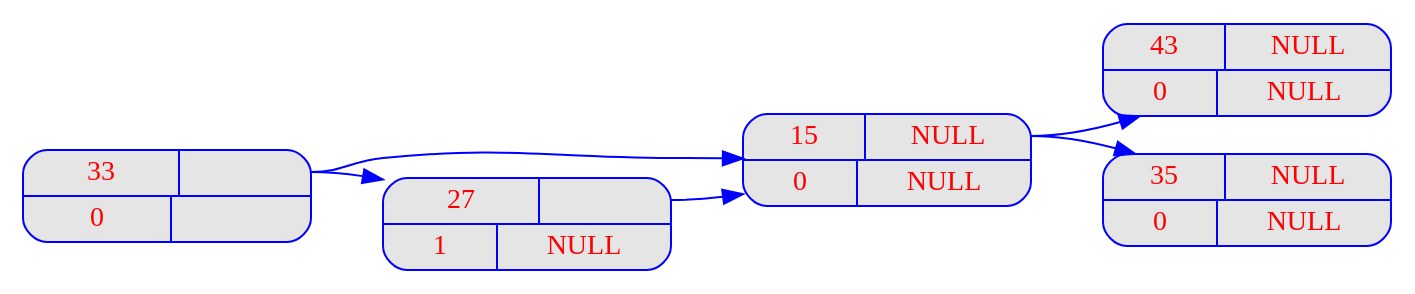
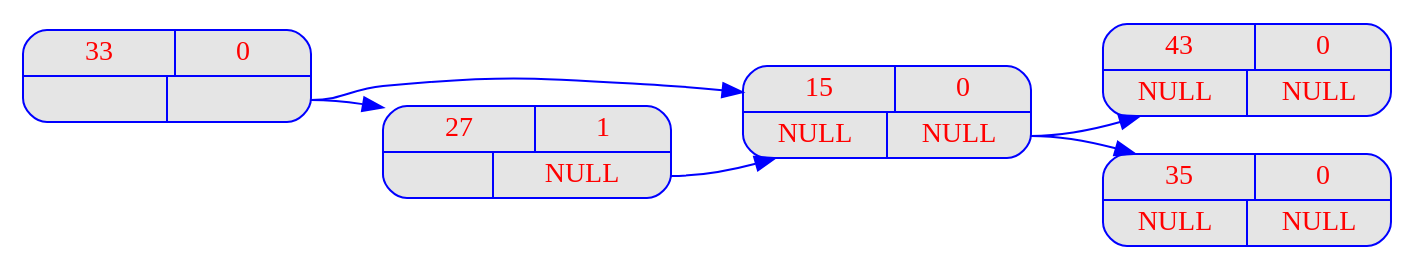
The diagram in Exerc1/Output/Image5.dot (BrunoZimmer/CentraleLille-FilRouge-2021), drawn with Graphviz before and after one commit. The commit also changed 10 other files, not shown here.

```diff
--- a/Exerc1/Output/Image5.dot
+++ b/Exerc1/Output/Image5.dot
@@ -1,35 +1,34 @@
 digraph liste { 
 graph [ 
 	rankdir = "LR" 
 ] 
 
 node [ 
 	fontname = "Arial bold"
 	fontsize = "14" 
 	fontcolor = "red" 
 	style = "rounded, filled" 
 	shape = "record" 
 	fillcolor = "grey90" 
 	color = "blue" 
 	width = "2" 
 ] 
 
 edge [ 
 	color = "blue" 
 ] 
 
 
-"ID_0005" [label = "{<elt> 43  | <next> NULL}|{<facteur> 0 | <next> NULL}"];
-"ID_0004" [label = "{<elt> 35  | <next> NULL}|{<facteur> 0 | <next> NULL}"];
-"ID_0003" [label = "{<elt> 36  | <next> }|{<facteur> 0 | <next>}"];
+"ID_0005" [label = "{<elt> 43  | <> 0 } |{<nextL> NULL | <next> NULL}"];
+"ID_0004" [label = "{<elt> 35  | <> 0 } |{<nextL> NULL | <next> NULL}"];
+"ID_0003" [label = "{<elt> 36  | <> 0 } |{<nextL>  | <next> }"];
 "ID_0003" : next -> "ID_0004";
 "ID_0003" : next -> "ID_0005";
-"ID_0003" [label = "{<elt> 15  | <next> NULL}|{<facteur> 0 | <next> NULL}"];
-"ID_0002" [label = "{<elt> 27  | <next> }|{<facteur> 1 | <next> NULL}"];
+"ID_0003" [label = "{<elt> 15  | <> 0 } |{<nextL> NULL | <next> NULL}"];
+"ID_0002" [label = "{<elt> 27  | <> 1 } |{<nextL>  | <next> NULL }"];
 "ID_0002" : next -> "ID_0003";
-"ID_0001" [label = "{<elt> 33  | <next> }|{<facteur> 0 | <next>}"];
+"ID_0001" [label = "{<elt> 33  | <> 0 } |{<nextL>  | <next> }"];
 "ID_0001" : next -> "ID_0002";
 "ID_0001" : next -> "ID_0003";
 
-
 }
```
